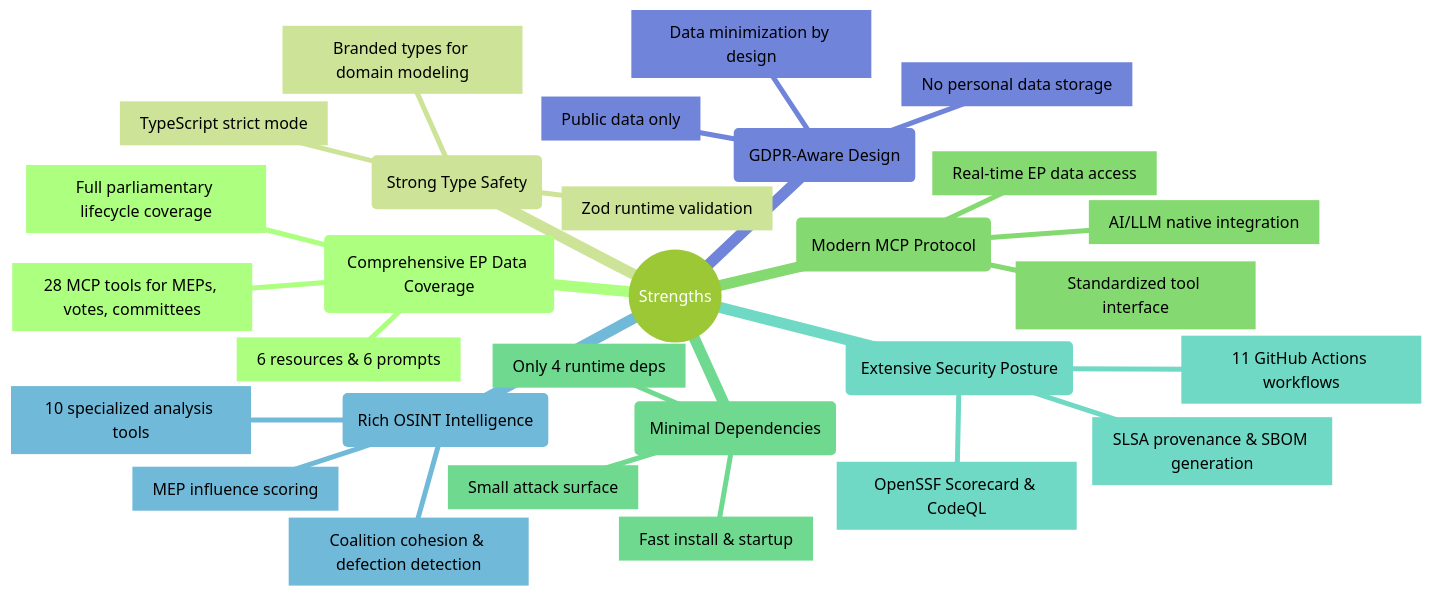
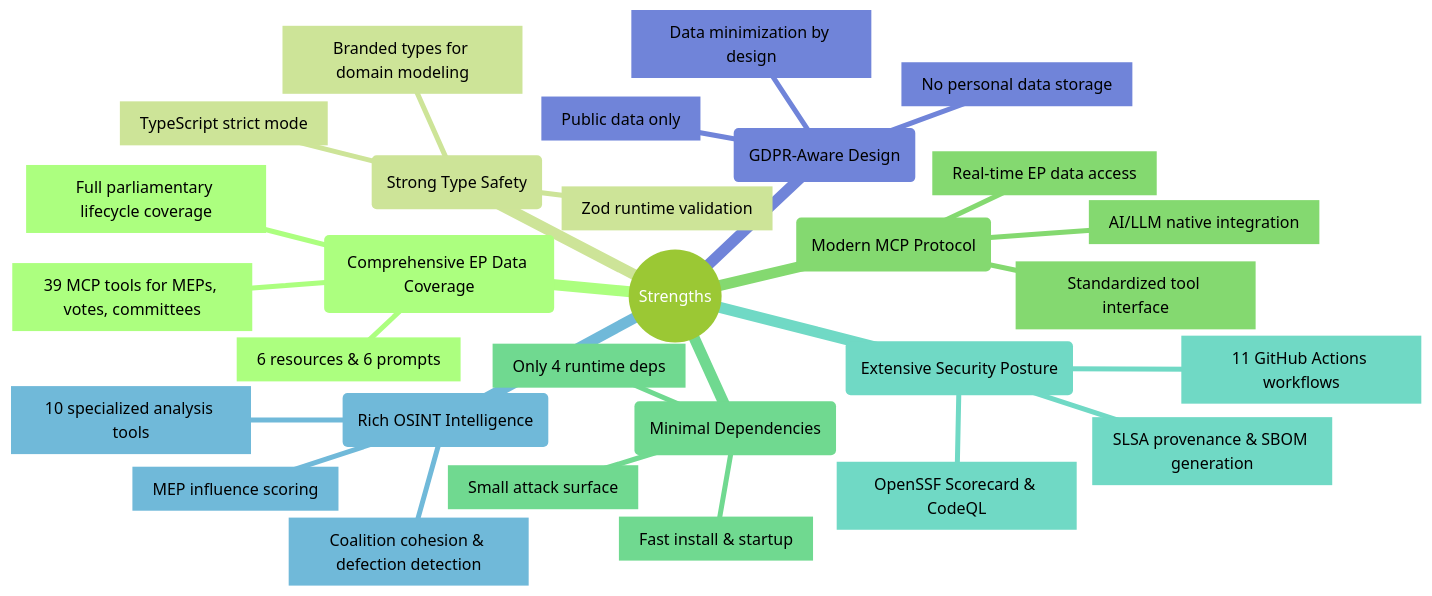
Before and after one commit to Hack23/European-Parliament-MCP-Server: the third of 8 diagrams in SWOT.md, drawn with Mermaid (forest theme). The commit also changed other lines of this file and 2 other files, not shown here.

````diff
--- a/SWOT.md
+++ b/SWOT.md
@@ -163,32 +163,32 @@
 ```mermaid
 mindmap
   root((Strengths))
     id1(Comprehensive EP Data Coverage)
-      id1.1[28 MCP tools for MEPs, votes, committees]
+      id1.1[39 MCP tools for MEPs, votes, committees]
       id1.2[6 resources & 6 prompts]
       id1.3[Full parliamentary lifecycle coverage]
     id2(Strong Type Safety)
       id2.1[TypeScript strict mode]
       id2.2[Zod runtime validation]
       id2.3[Branded types for domain modeling]
     id3(Modern MCP Protocol)
       id3.1[AI/LLM native integration]
       id3.2[Standardized tool interface]
       id3.3[Real-time EP data access]
     id4(Minimal Dependencies)
       id4.1[Only 4 runtime deps]
       id4.2[Small attack surface]
       id4.3[Fast install & startup]
     id5(Extensive Security Posture)
       id5.1[SLSA provenance & SBOM generation]
       id5.2[OpenSSF Scorecard & CodeQL]
       id5.3[11 GitHub Actions workflows]
     id6(Rich OSINT Intelligence)
       id6.1[10 specialized analysis tools]
       id6.2[MEP influence scoring]
       id6.3[Coalition cohesion & defection detection]
     id7(GDPR-Aware Design)
       id7.1[No personal data storage]
       id7.2[Data minimization by design]
       id7.3[Public data only]
 ```
````
